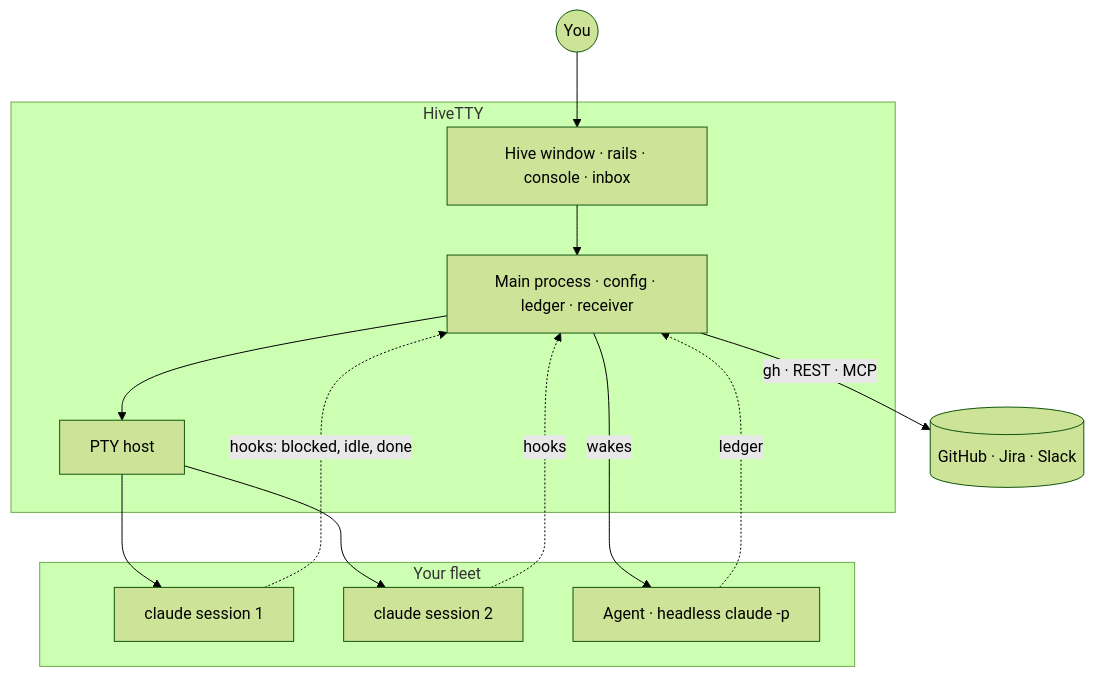
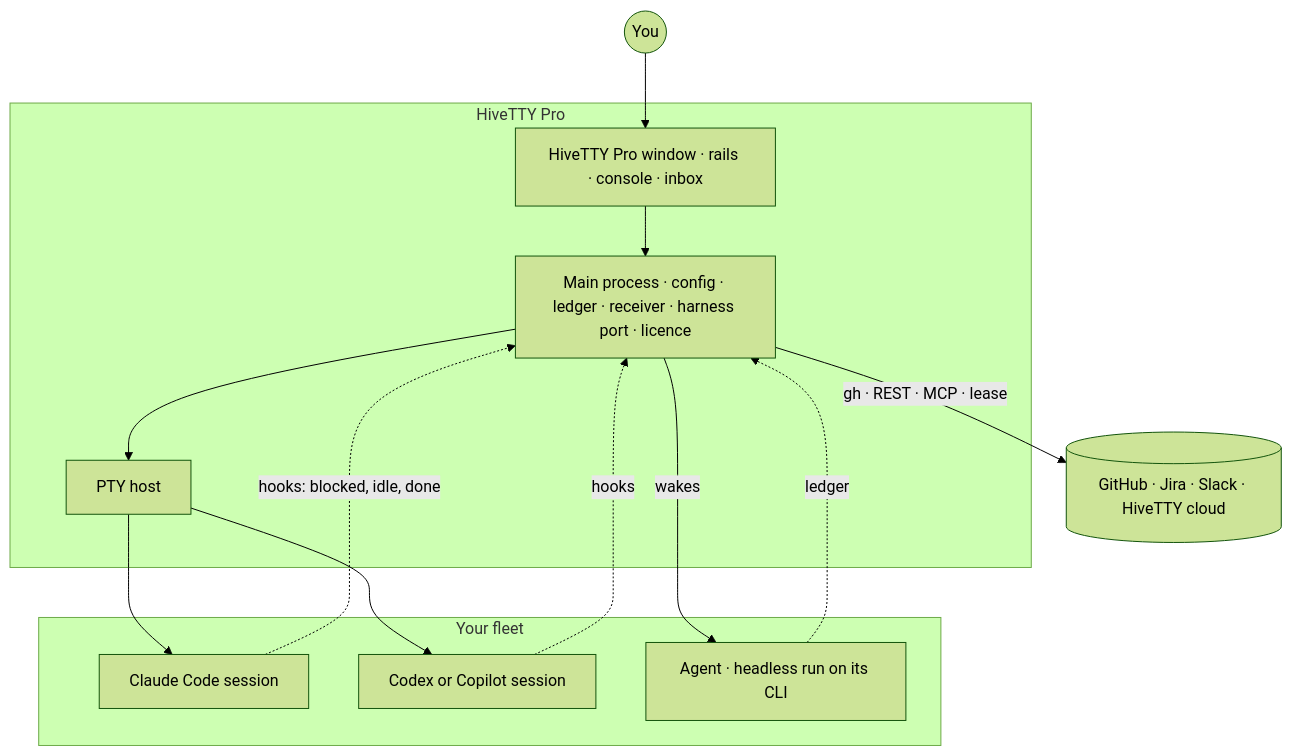
Before and after one commit to behiques/hivetty: the diagram in docs/assets/diagrams/overview.mmd, drawn with Mermaid (forest theme). The commit also changed 67 other files, not shown here.

First line of the commit message:
HiveTTY Pro: proprietary licence, multi-CLI docs, retaken images (#254)

```diff
--- a/docs/assets/diagrams/overview.mmd
+++ b/docs/assets/diagrams/overview.mmd
@@ -1,18 +1,18 @@
 flowchart TB
-  you((You)) --> ui[Hive window · rails · console · inbox]
-  subgraph app [HiveTTY]
-    ui --> main[Main process · config · ledger · receiver]
+  you((You)) --> ui[HiveTTY Pro window · rails · console · inbox]
+  subgraph app [HiveTTY Pro]
+    ui --> main[Main process · config · ledger · receiver · harness port · licence]
     main --> pty[PTY host]
   end
   subgraph fleet [Your fleet]
-    c1[claude session 1]
-    c2[claude session 2]
-    ag[Agent · headless claude -p]
+    c1[Claude Code session]
+    c2[Codex or Copilot session]
+    ag[Agent · headless run on its CLI]
   end
   pty --> c1
   pty --> c2
   main -->|wakes| ag
   c1 -.->|hooks: blocked, idle, done| main
   c2 -.->|hooks| main
   ag -.->|ledger| main
-  main -->|gh · REST · MCP| ext[(GitHub · Jira · Slack)]
+  main -->|gh · REST · MCP · lease| ext[(GitHub · Jira · Slack · HiveTTY cloud)]
```
